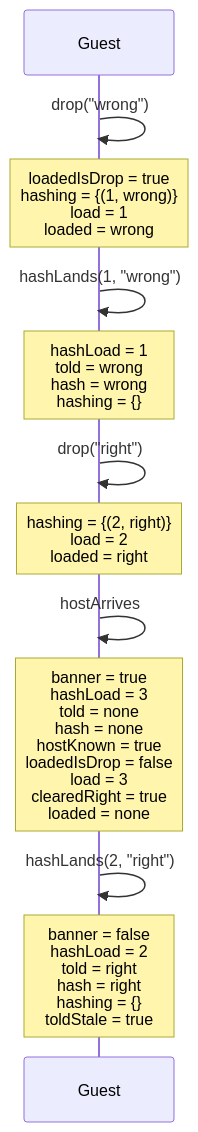
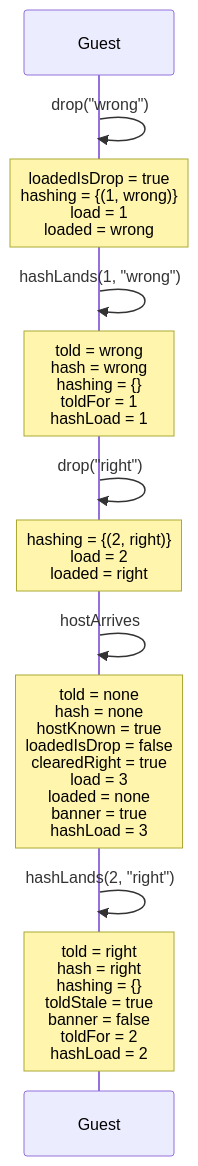
One commit to kwilson21/kaillera-next changed diagram 15 of 18 in docs/spec-traces.md. Above: the diagram before and after it, drawn with Mermaid. The commit also changed other lines of this file and 5 other files, not shown here.

First line of the commit message:
fix: a guest's drop says "not ready" at once, so a start never counts it in on the previous ROM

````diff
--- a/docs/spec-traces.md
+++ b/docs/spec-traces.md
@@ -495,14 +495,14 @@
 ```mermaid
 sequenceDiagram
   participant Guest
   Guest->>Guest: drop("wrong")
   Note over Guest: loadedIsDrop = true<br/>hashing = {(1, wrong)}<br/>load = 1<br/>loaded = wrong
   Guest->>Guest: hashLands(1, "wrong")
-  Note over Guest: hashLoad = 1<br/>told = wrong<br/>hash = wrong<br/>hashing = {}
+  Note over Guest: told = wrong<br/>hash = wrong<br/>hashing = {}<br/>toldFor = 1<br/>hashLoad = 1
   Guest->>Guest: drop("right")
   Note over Guest: hashing = {(2, right)}<br/>load = 2<br/>loaded = right
   Guest->>Guest: hostArrives
-  Note over Guest: banner = true<br/>hashLoad = 3<br/>told = none<br/>hash = none<br/>hostKnown = true<br/>loadedIsDrop = false<br/>load = 3<br/>clearedRight = true<br/>loaded = none
+  Note over Guest: told = none<br/>hash = none<br/>hostKnown = true<br/>loadedIsDrop = false<br/>clearedRight = true<br/>load = 3<br/>loaded = none<br/>banner = true<br/>hashLoad = 3
   Guest->>Guest: hashLands(2, "right")
-  Note over Guest: banner = false<br/>hashLoad = 2<br/>told = right<br/>hash = right<br/>hashing = {}<br/>toldStale = true
+  Note over Guest: told = right<br/>hash = right<br/>hashing = {}<br/>toldStale = true<br/>banner = false<br/>toldFor = 2<br/>hashLoad = 2
 ```
````
